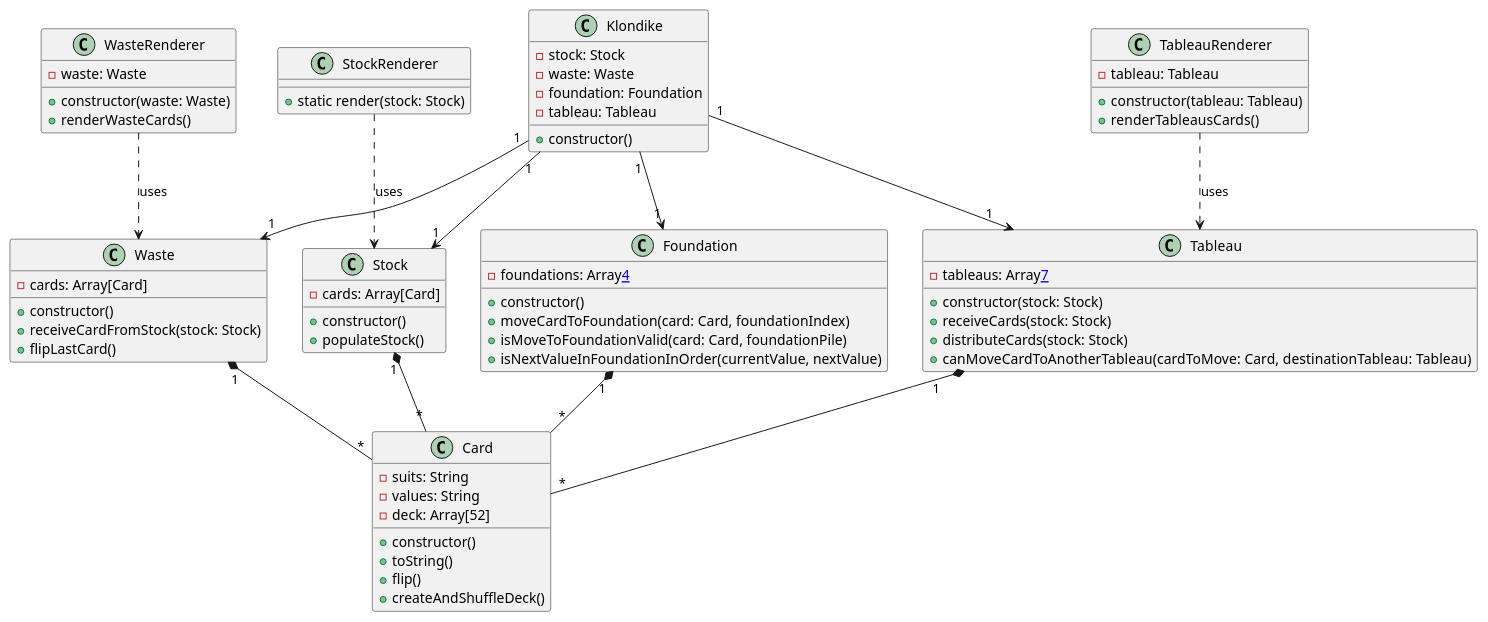
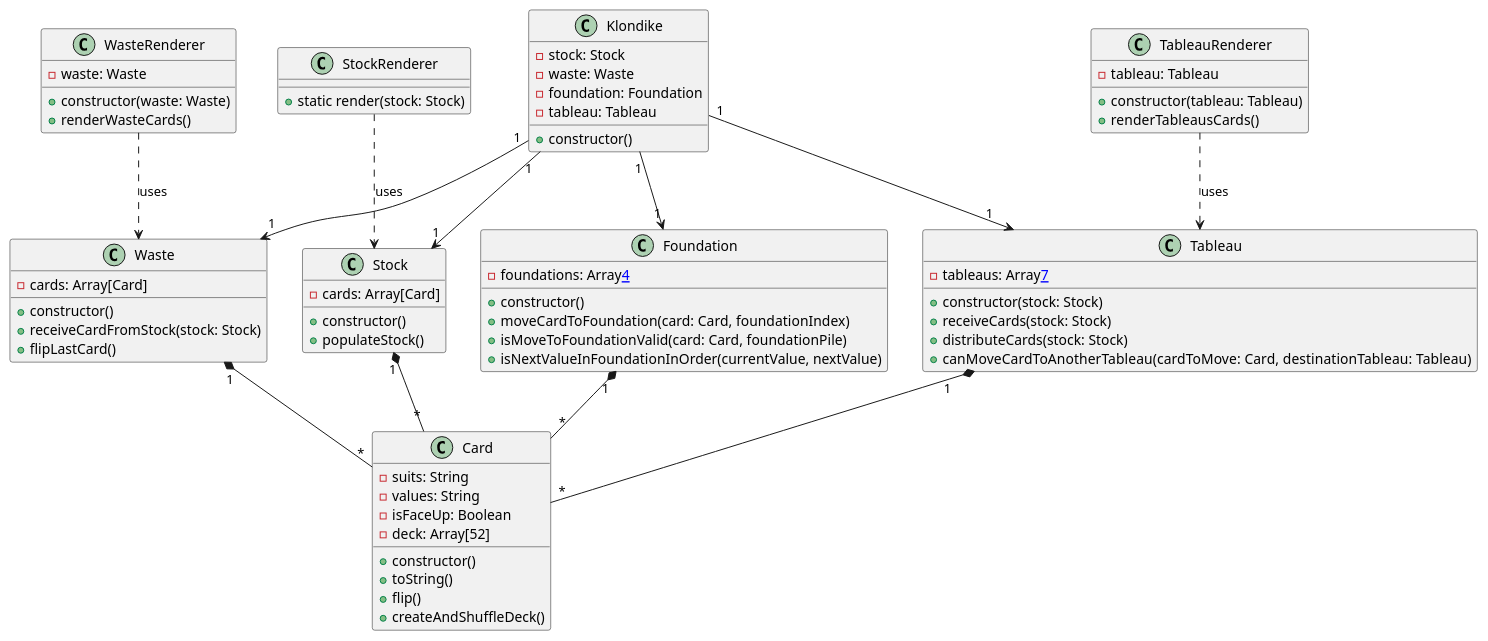
One commit to valleria-web/klondike changed the diagram in version8/Klondikev7_1.plantuml. Above: the diagram before and after it, drawn with PlantUML. The commit also changed 11 other files, not shown here.

```diff
--- a/version8/Klondikev7_1.plantuml
+++ b/version8/Klondikev7_1.plantuml
@@ -1,78 +1,79 @@
 @startuml klondikev8
 
 class Card {
   - suits: String
   - values: String
+  - isFaceUp: Boolean
   - deck: Array[52]
   + constructor()
   + toString()
   + flip()
   + createAndShuffleDeck()
 }
 
 class Klondike {
   - stock: Stock
   - waste: Waste
   - foundation: Foundation
   - tableau: Tableau
   + constructor()
 }
 
 class Stock {
   - cards: Array[Card]
   + constructor()
   + populateStock() 
 }
 
 class StockRenderer {
   + static render(stock: Stock)
 }
 
 class Tableau {
   - tableaus: Array[[7]]
   + constructor(stock: Stock)
   + receiveCards(stock: Stock) 
   + distributeCards(stock: Stock)
   + canMoveCardToAnotherTableau(cardToMove: Card, destinationTableau: Tableau)
 }
 
 class TableauRenderer {
   - tableau: Tableau
   + constructor(tableau: Tableau)
   + renderTableausCards()
 }
 
 class Foundation {
   - foundations: Array[[4]]
   + constructor()
   + moveCardToFoundation(card: Card, foundationIndex)
   + isMoveToFoundationValid(card: Card, foundationPile)
   + isNextValueInFoundationInOrder(currentValue, nextValue)
 }
 
 class Waste {
   - cards: Array[Card]
   + constructor()
   + receiveCardFromStock(stock: Stock)
   + flipLastCard()
 }
 
 class WasteRenderer {
   - waste: Waste
   + constructor(waste: Waste)
   + renderWasteCards()
 }
 
 Klondike "1" --> "1" Stock
 Klondike "1" --> "1" Waste
 Klondike "1" --> "1" Foundation
 Klondike "1" --> "1" Tableau
 Stock "1" *-- "*" Card
 Waste "1" *-- "*" Card
 Foundation "1" *-- "*" Card
 Tableau "1" *-- "*" Card
 StockRenderer ..> Stock : uses
 TableauRenderer ..> Tableau : uses
 WasteRenderer ..> Waste : uses
 
 @enduml
```
